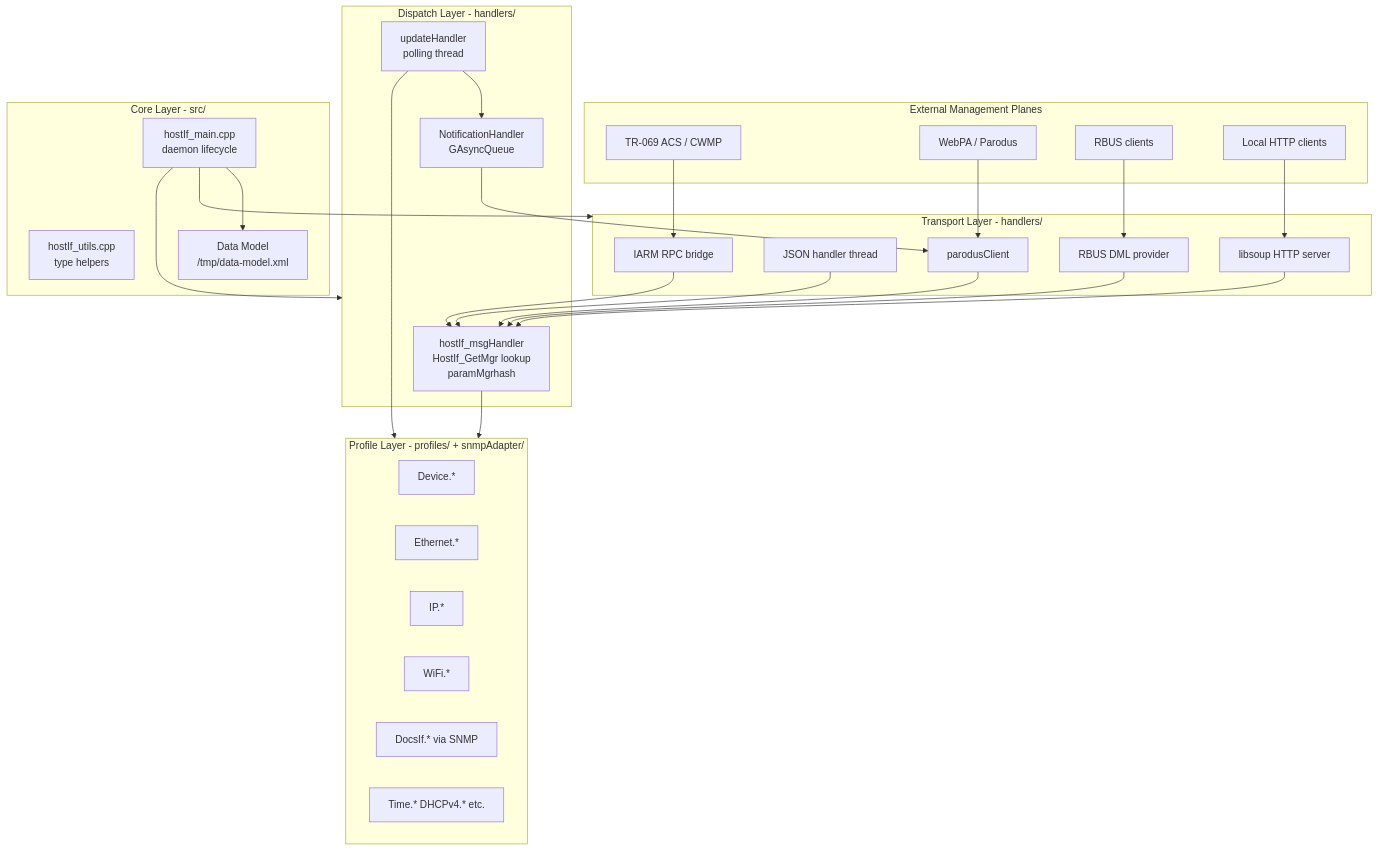
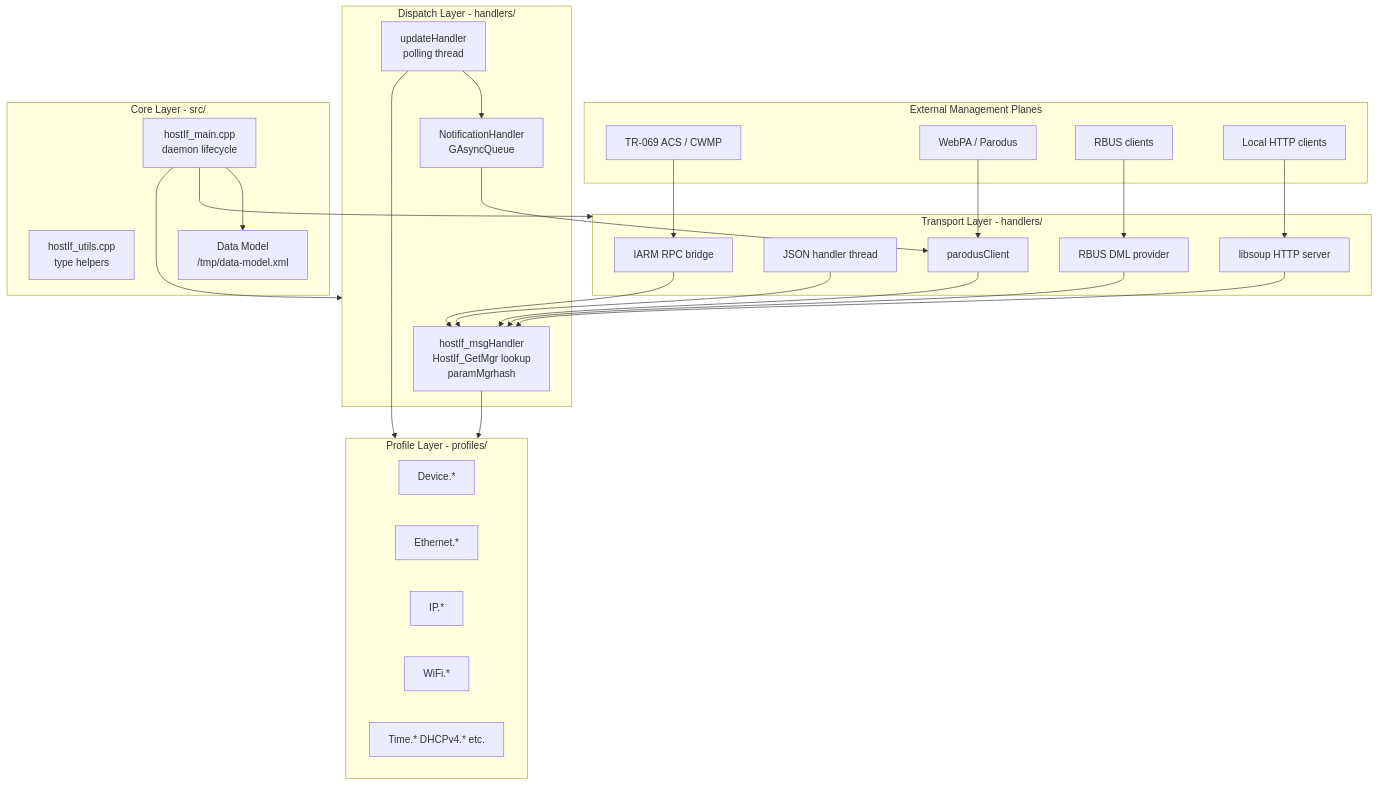
One commit to rdkcentral/tr69hostif changed the first of 5 diagrams in src/hostif/docs/README.md. Above: the diagram before and after it, drawn with Mermaid. The commit also changed other lines of this file and 29 other files, not shown here.

````diff
--- a/src/hostif/docs/README.md
+++ b/src/hostif/docs/README.md
@@ -42,55 +41,54 @@
 ```mermaid
 graph TB
     subgraph External[External Management Planes]
         ACS[TR-069 ACS / CWMP]
         WEBPA[WebPA / Parodus]
         RBUS[RBUS clients]
         HTTP[Local HTTP clients]
     end
 
     subgraph Transport[Transport Layer - handlers/]
         IARM[IARM RPC bridge]
         JTHREAD[JSON handler thread]
         RBUSPROV[RBUS DML provider]
         HTTPSERV[libsoup HTTP server]
         PAR[parodusClient]
     end
 
     subgraph Dispatch[Dispatch Layer - handlers/]
         MSG["hostIf_msgHandler<br/>HostIf_GetMgr lookup<br/>paramMgrhash"]
         UPD["updateHandler<br/>polling thread"]
         NOTIF["NotificationHandler<br/>GAsyncQueue"]
     end
 
-    subgraph Profiles[Profile Layer - profiles/ + snmpAdapter/]
+    subgraph Profiles[Profile Layer - profiles/]
         DEV[Device.*]
         ETH[Ethernet.*]
         IP[IP.*]
         WIFI[WiFi.*]
-        SNMP[DocsIf.* via SNMP]
         OTHER[Time.* DHCPv4.* etc.]
     end
 
     subgraph Core[Core Layer - src/]
         MAIN["hostIf_main.cpp<br/>daemon lifecycle"]
         UTILS["hostIf_utils.cpp<br/>type helpers"]
         DM["Data Model<br/>/tmp/data-model.xml"]
     end
 
     ACS --> IARM
     WEBPA --> PAR
     RBUS --> RBUSPROV
     HTTP --> HTTPSERV
     IARM --> MSG
     JTHREAD --> MSG
     RBUSPROV --> MSG
     HTTPSERV --> MSG
     PAR --> MSG
     MSG --> Profiles
     UPD --> Profiles
     UPD --> NOTIF
     NOTIF --> PAR
     MAIN --> Transport
     MAIN --> Dispatch
     MAIN --> DM
 ```
````
